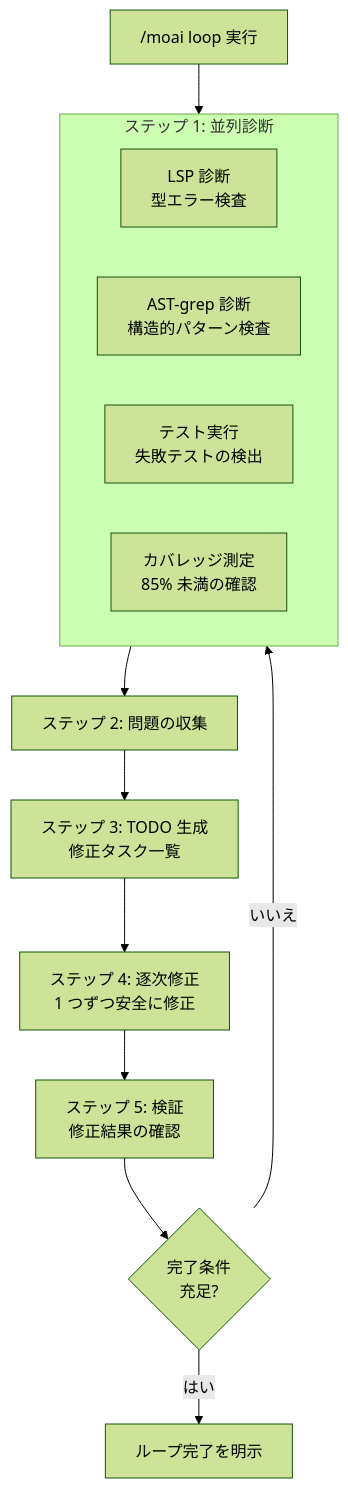
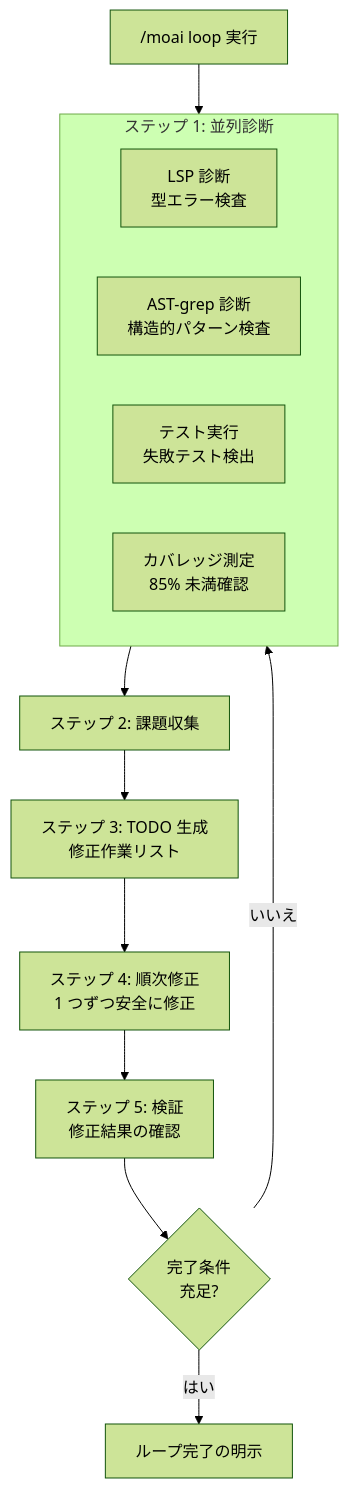
One commit to modu-ai/moai-adk changed the first of 4 diagrams in docs-site/content/ja/utility-commands/moai-loop.md. Above: the diagram before and after it, drawn with Mermaid (forest theme). The commit also changed other lines of this file and 180 other files, not shown here.

````diff
--- a/docs-site/content/ja/utility-commands/moai-loop.md
+++ b/docs-site/content/ja/utility-commands/moai-loop.md
@@ -82,19 +94,19 @@
 ```mermaid
 flowchart TD
     Start["/moai loop 実行"] --> Diag
 
     subgraph Diag["ステップ 1: 並列診断"]
         D1["LSP 診断<br/>型エラー検査"]
         D2["AST-grep 診断<br/>構造的パターン検査"]
-        D3["テスト実行<br/>失敗テストの検出"]
-        D4["カバレッジ測定<br/>85% 未満の確認"]
+        D3["テスト実行<br/>失敗テスト検出"]
+        D4["カバレッジ測定<br/>85% 未満確認"]
     end
 
-    Diag --> Collect["ステップ 2: 問題の収集"]
-    Collect --> Todo["ステップ 3: TODO 生成<br/>修正タスク一覧"]
-    Todo --> Fix["ステップ 4: 逐次修正<br/>1 つずつ安全に修正"]
+    Diag --> Collect["ステップ 2: 課題収集"]
+    Collect --> Todo["ステップ 3: TODO 生成<br/>修正作業リスト"]
+    Todo --> Fix["ステップ 4: 順次修正<br/>1 つずつ安全に修正"]
     Fix --> Verify["ステップ 5: 検証<br/>修正結果の確認"]
     Verify --> Check{完了条件<br/>充足?}
     Check -->|いいえ| Diag
-    Check -->|はい| Done["ループ完了を明示"]
+    Check -->|はい| Done["ループ完了の明示"]
 ```
````
